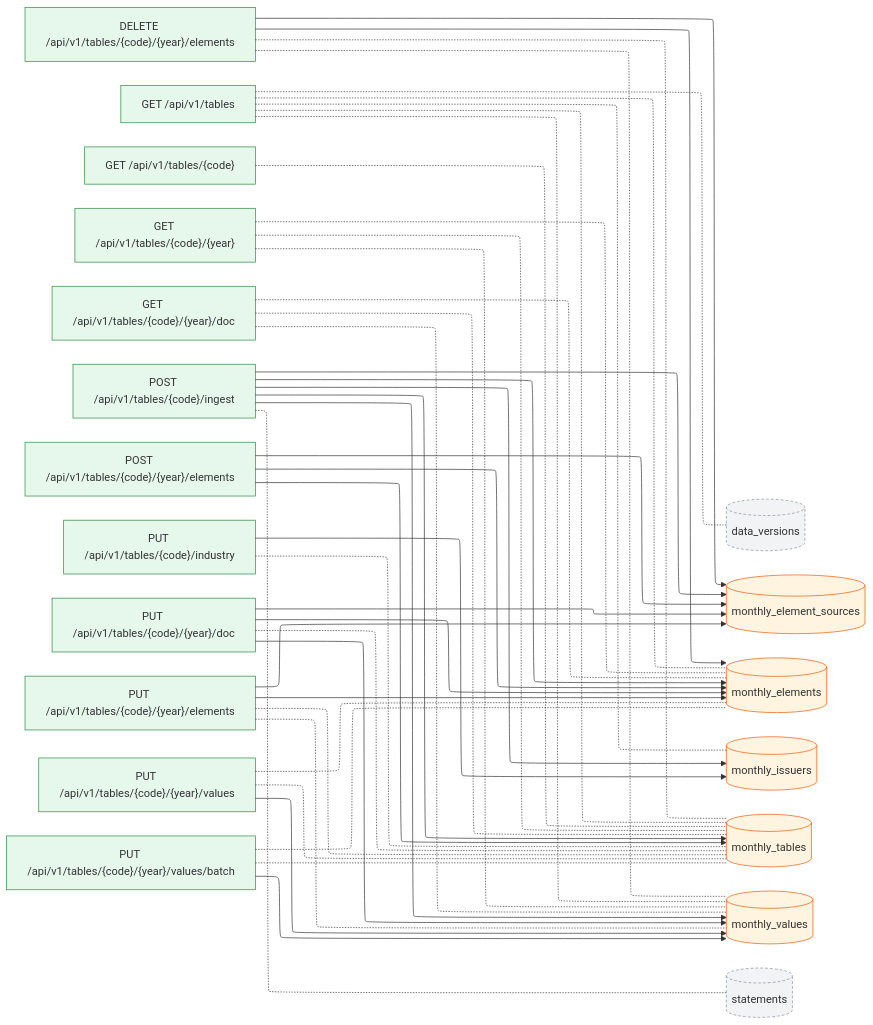
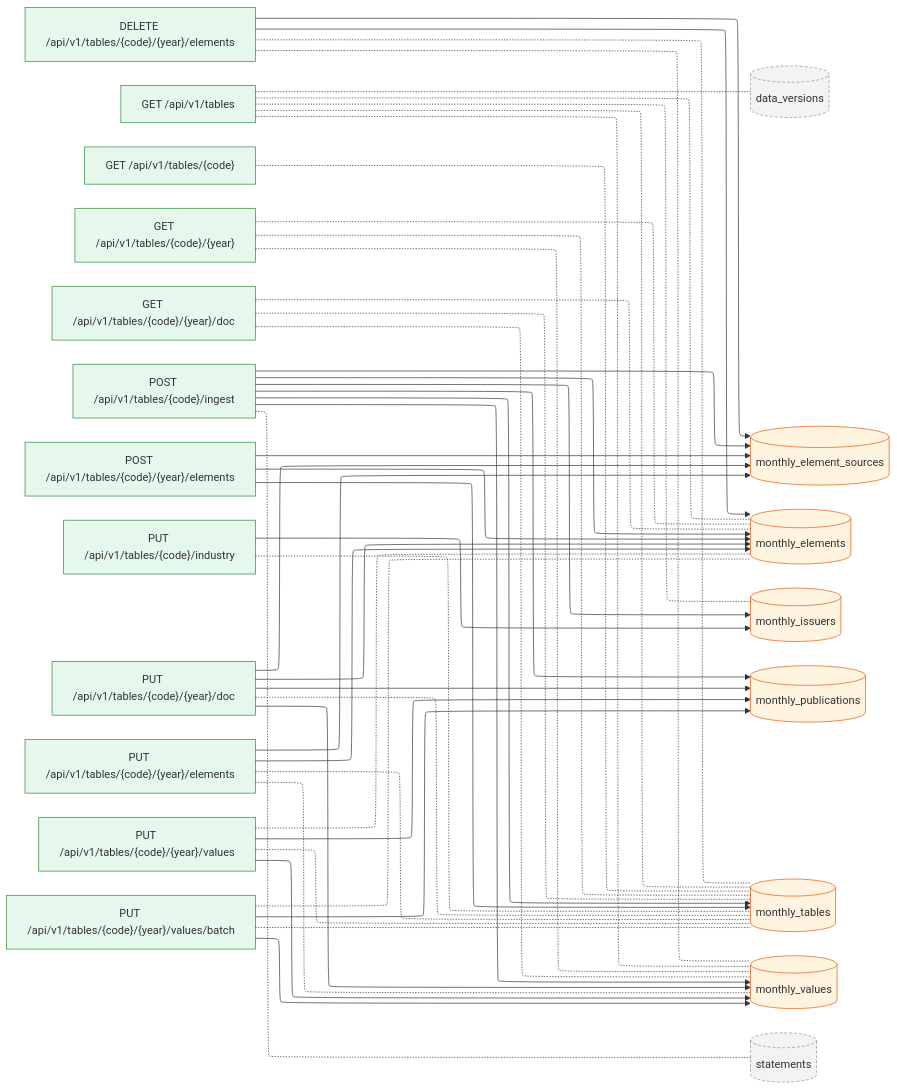
Before and after one commit to pekumirui/stock-analyzer: the second of 2 diagrams in docs/dataflow/monthly.md, drawn with Mermaid. The commit also changed other lines of this file and 38 other files, not shown here.

````diff
--- a/docs/dataflow/monthly.md
+++ b/docs/dataflow/monthly.md
@@ -77,71 +82,76 @@
 ```mermaid
 ---
 config:
   layout: elk
 ---
 flowchart LR
   n0["DELETE /api/v1/tables/{code}/{year}/elements"]:::api
   n1["GET /api/v1/tables"]:::api
   n2["GET /api/v1/tables/{code}"]:::api
   n3["GET /api/v1/tables/{code}/{year}"]:::api
   n4["GET /api/v1/tables/{code}/{year}/doc"]:::api
   n5["POST /api/v1/tables/{code}/ingest"]:::api
   n6["POST /api/v1/tables/{code}/{year}/elements"]:::api
   n7["PUT /api/v1/tables/{code}/industry"]:::api
   n8["PUT /api/v1/tables/{code}/{year}/doc"]:::api
   n9["PUT /api/v1/tables/{code}/{year}/elements"]:::api
   n10["PUT /api/v1/tables/{code}/{year}/values"]:::api
   n11["PUT /api/v1/tables/{code}/{year}/values/batch"]:::api
   n12[("data_versions")]:::ext
   n13[("monthly_element_sources")]:::tbl
   n14[("monthly_elements")]:::tbl
   n15[("monthly_issuers")]:::tbl
-  n16[("monthly_tables")]:::tbl
-  n17[("monthly_values")]:::tbl
-  n18[("statements")]:::ext
+  n16[("monthly_publications")]:::tbl
+  n17[("monthly_tables")]:::tbl
+  n18[("monthly_values")]:::tbl
+  n19[("statements")]:::ext
   n0 --> n13
   n0 --> n14
-  n0 -.- n16
   n0 -.- n17
+  n0 -.- n18
   n1 -.- n12
   n1 -.- n14
   n1 -.- n15
-  n1 -.- n16
   n1 -.- n17
-  n2 -.- n16
+  n1 -.- n18
+  n2 -.- n17
   n3 -.- n14
-  n3 -.- n16
   n3 -.- n17
+  n3 -.- n18
   n4 -.- n14
-  n4 -.- n16
   n4 -.- n17
+  n4 -.- n18
   n5 --> n13
   n5 --> n14
   n5 --> n15
   n5 --> n16
   n5 --> n17
-  n5 -.- n18
+  n5 --> n18
+  n5 -.- n19
   n6 --> n13
   n6 --> n14
-  n6 --> n16
+  n6 --> n17
   n7 --> n15
-  n7 -.- n16
+  n7 -.- n17
   n8 --> n13
   n8 --> n14
-  n8 -.- n16
-  n8 --> n17
+  n8 --> n16
+  n8 -.- n17
+  n8 --> n18
   n9 --> n13
   n9 --> n14
-  n9 -.- n16
   n9 -.- n17
+  n9 -.- n18
   n10 -.- n14
-  n10 -.- n16
-  n10 --> n17
+  n10 --> n16
+  n10 -.- n17
+  n10 --> n18
   n11 -.- n14
-  n11 -.- n16
-  n11 --> n17
+  n11 --> n16
+  n11 -.- n17
+  n11 --> n18
   classDef job fill:#e3ecff,stroke:#3b5bdb
   classDef api fill:#e6f7ec,stroke:#2b8a3e
   classDef tbl fill:#fff4e0,stroke:#e8590c
   classDef ext fill:#f1f3f5,stroke:#868e96,stroke-dasharray:4 3
 ```
````
